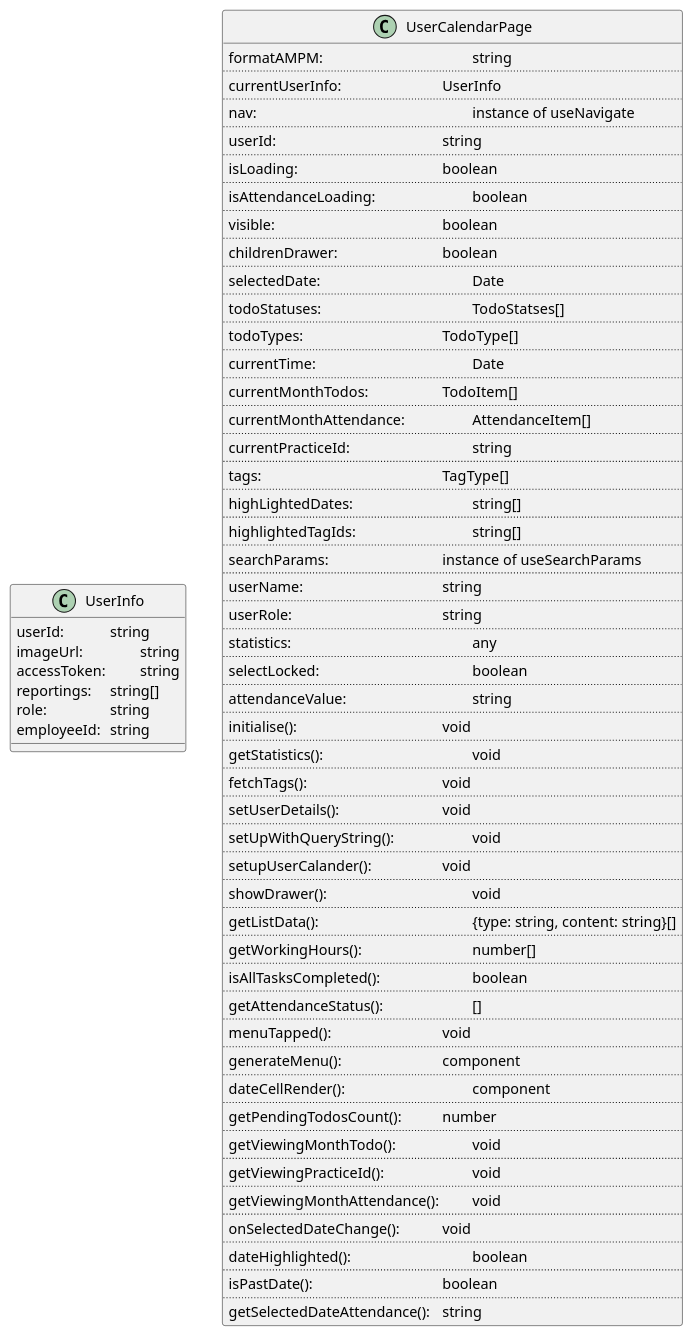
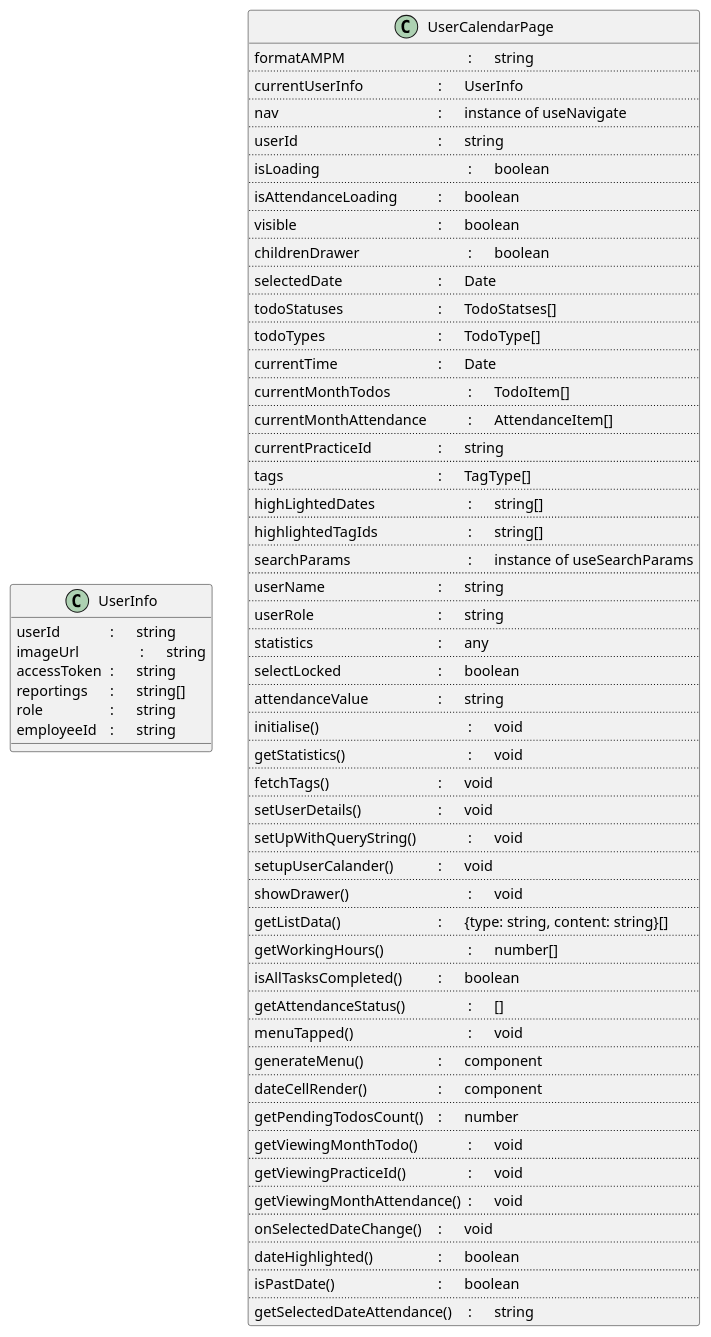
Before and after one commit to avasoft-mobility/workday-design: the diagram in frontend/pages/user_calendar_page/user_calendar_page.class.puml, drawn with PlantUML. The commit also changed 3 other files, not shown here.

```diff
--- a/frontend/pages/user_calendar_page/user_calendar_page.class.puml
+++ b/frontend/pages/user_calendar_page/user_calendar_page.class.puml
@@ -1,105 +1,105 @@
 @startuml UserCalendarPage
 
 class UserInfo {
-  userId: \t\t string
-  imageUrl: \t\t string
-  accessToken: \t string
-  reportings: \t string[]
-  role: \t\t string
-  employeeId: \t string
+  userId\t\t : \tstring
+  imageUrl\t\t : \tstring
+  accessToken\t : \tstring
+  reportings\t : \tstring[]
+  role\t\t\t : \tstring
+  employeeId\t : \tstring
 }
 
 class UserCalendarPage {
-    formatAMPM: \t\t\t\t\t string
+    formatAMPM\t\t\t\t : \tstring
     ..
-    currentUserInfo: \t\t\t\t UserInfo
+    currentUserInfo\t\t\t : \tUserInfo
     ..
-    nav: \t\t\t\t\t\t\t instance of useNavigate
+    nav\t\t\t\t\t\t : \tinstance of useNavigate
     ..
-    userId: \t\t\t\t\t\t string
+    userId\t\t\t\t\t : \tstring
     ..
-    isLoading: \t\t\t\t\t boolean
+    isLoading\t\t\t\t\t : \tboolean
     ..
-    isAttendanceLoading: \t\t\t boolean
+    isAttendanceLoading\t\t : \tboolean
     ..
-    visible: \t\t\t\t\t\t boolean
+    visible\t\t\t\t\t : \tboolean
     ..
-    childrenDrawer: \t\t\t\t boolean
+    childrenDrawer\t\t\t\t : \tboolean
     ..
-    selectedDate: \t\t\t\t\t Date
+    selectedDate\t\t\t\t : \tDate
     ..
-    todoStatuses: \t\t\t\t\t TodoStatses[]
+    todoStatuses\t\t\t\t : \tTodoStatses[]
     ..
-    todoTypes: \t\t\t\t\t TodoType[]
+    todoTypes\t\t\t\t : \tTodoType[]
     ..
-    currentTime: \t\t\t\t\t Date
+    currentTime\t\t\t\t : \tDate
     ..
-    currentMonthTodos: \t\t\t TodoItem[]
+    currentMonthTodos\t\t\t : \tTodoItem[]
     ..
-    currentMonthAttendance: \t\t AttendanceItem[]
+    currentMonthAttendance\t\t : \tAttendanceItem[]
     ..
-    currentPracticeId: \t\t\t\t string
+    currentPracticeId\t\t\t : \tstring
     ..
-    tags: \t\t\t\t\t\t TagType[]
+    tags\t\t\t\t\t\t : \tTagType[]
     ..
-    highLightedDates: \t\t\t\t string[]
+    highLightedDates\t\t\t : \tstring[]
     ..
-    highlightedTagIds: \t\t\t\t string[]
+    highlightedTagIds\t\t\t : \tstring[]
     ..
-    searchParams: \t\t\t\t instance of useSearchParams
+    searchParams\t\t\t\t : \tinstance of useSearchParams
     ..
-    userName: \t\t\t\t\t string
+    userName\t\t\t\t : \tstring
     ..
-    userRole: \t\t\t\t\t string
+    userRole\t\t\t\t\t : \tstring
     ..
-    statistics: \t\t\t\t\t\t any
+    statistics\t\t\t\t\t : \tany
     ..
-    selectLocked: \t\t\t\t\t boolean
+    selectLocked\t\t\t\t : \tboolean
     ..
-    attendanceValue: \t\t\t\t string
+    attendanceValue\t\t\t : \tstring
     ..
-    initialise(): \t\t\t\t\t void
+    initialise()\t\t\t\t\t : \tvoid
     ..
-    getStatistics(): \t\t\t\t\t void
+    getStatistics()\t\t\t\t : \tvoid
     ..
-    fetchTags(): \t\t\t\t\t void
+    fetchTags()\t\t\t\t : \tvoid
     ..
-    setUserDetails(): \t\t\t\t void
+    setUserDetails()\t\t\t : \tvoid
     ..
-    setUpWithQueryString(): \t\t\t void
+    setUpWithQueryString()\t\t : \tvoid
     ..
-    setupUserCalander(): \t\t\t void
+    setupUserCalander()\t\t : \tvoid
     ..
-    showDrawer(): \t\t\t\t\t void
+    showDrawer()\t\t\t\t : \tvoid
     ..
-    getListData(): \t\t\t\t\t {type: string, content: string}[]
+    getListData()\t\t\t\t : \t{type: string, content: string}[]
     ..
-    getWorkingHours(): \t\t\t\t number[]
+    getWorkingHours()\t\t\t : \tnumber[]
     ..
-    isAllTasksCompleted(): \t\t\t boolean
+    isAllTasksCompleted()\t\t : \tboolean
     ..
-    getAttendanceStatus(): \t\t\t []
+    getAttendanceStatus()\t\t : \t[]
     ..
-    menuTapped(): \t\t\t\t void
+    menuTapped()\t\t\t\t : \tvoid
     ..
-    generateMenu(): \t\t\t\t component
+    generateMenu()\t\t\t : \tcomponent
     ..
-    dateCellRender(): \t\t\t\t component
+    dateCellRender()\t\t\t : \tcomponent
     ..
-    getPendingTodosCount(): \t\t number
+    getPendingTodosCount()\t : \tnumber
     ..
-    getViewingMonthTodo(): \t\t\t void
+    getViewingMonthTodo()\t\t : \tvoid
     ..
-    getViewingPracticeId(): \t\t\t void
+    getViewingPracticeId()\t\t : \tvoid
     ..
-    getViewingMonthAttendance(): \t void
+    getViewingMonthAttendance()\t : \tvoid
     ..
-    onSelectedDateChange(): \t\t void
+    onSelectedDateChange()\t : \tvoid
     ..
-    dateHighlighted(): \t\t\t\t boolean
+    dateHighlighted()\t\t\t : \tboolean
     ..
-    isPastDate(): \t\t\t\t\t boolean
+    isPastDate()\t\t\t\t : \tboolean
     ..
-    getSelectedDateAttendance(): \t string
+    getSelectedDateAttendance()\t : \tstring
 }
 @enduml
```
